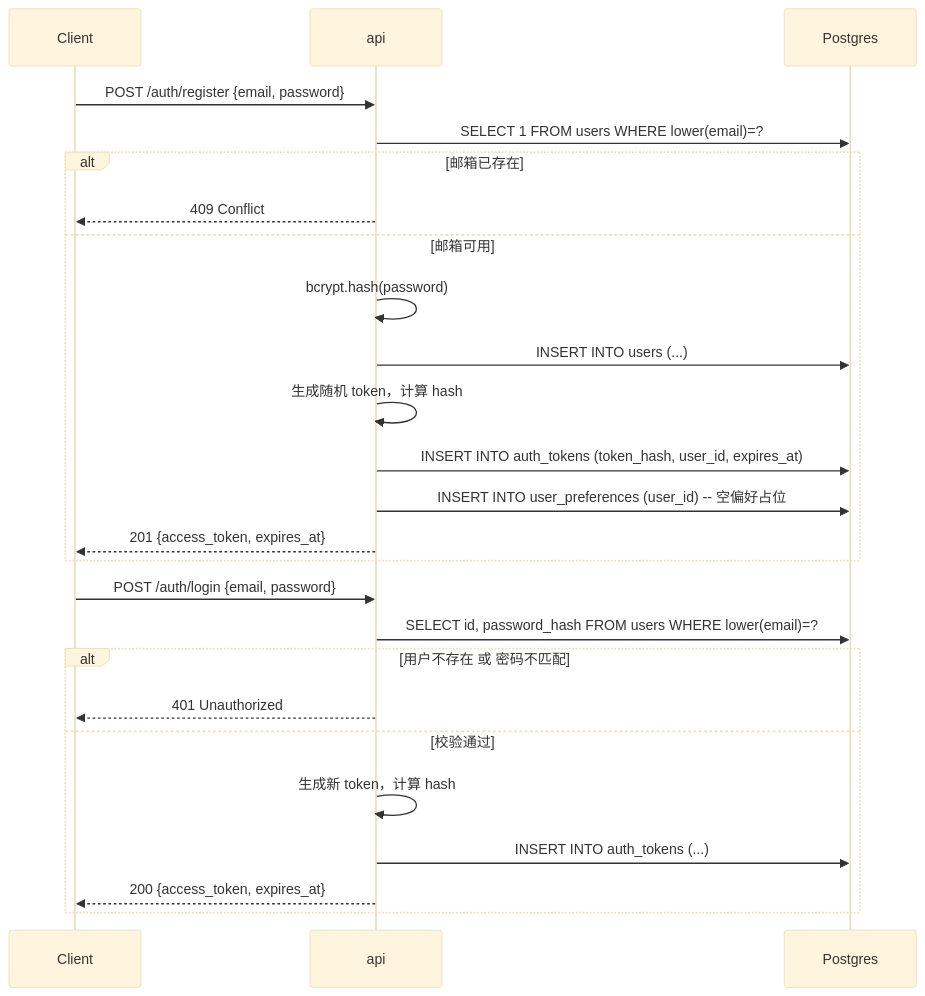
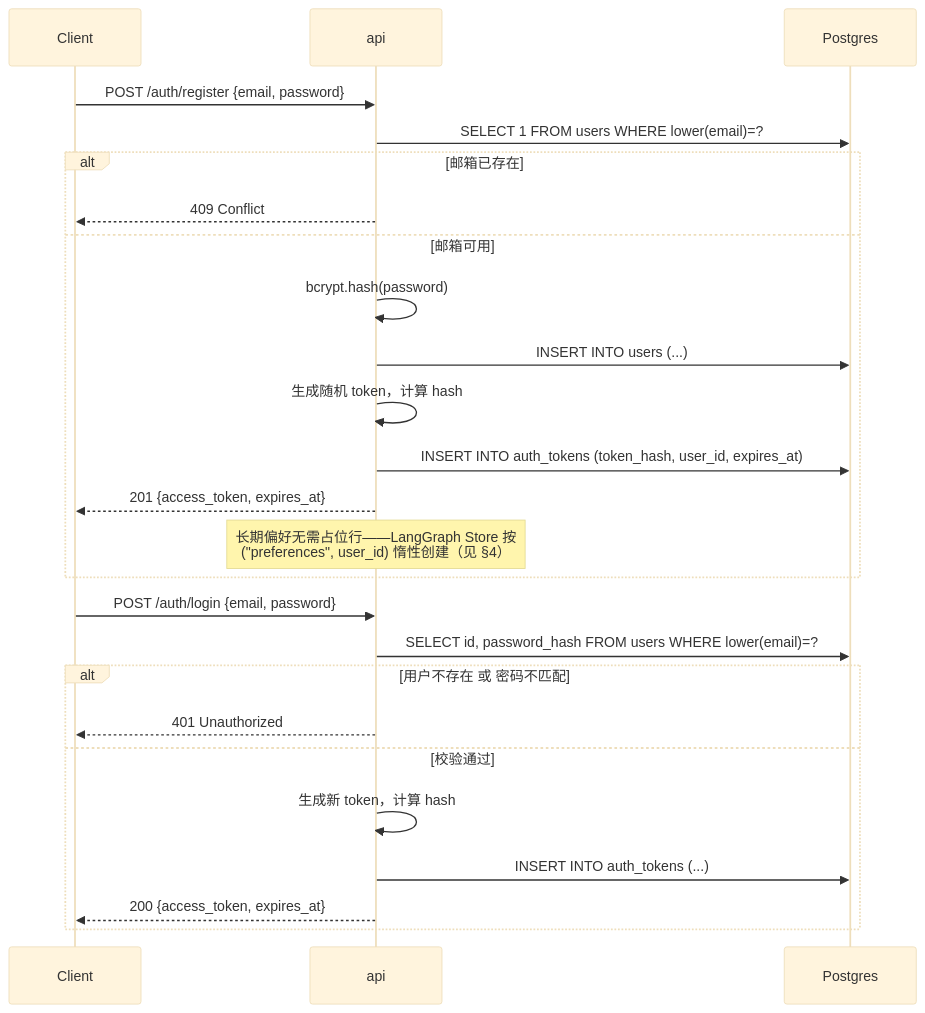
The third of 7 diagrams in ARCHITECTURE.md (LURENYUANSHI/keepa_scout_challenge), drawn with Mermaid (base theme) before and after one commit. The commit also changed other lines of this file, not shown here.

First line of the commit message:
docs: bring ARCHITECTURE diagrams up to date, paper-figure format

````diff
--- a/ARCHITECTURE.md
+++ b/ARCHITECTURE.md
@@ -167,29 +181,29 @@
 ```mermaid
 sequenceDiagram
     participant C as Client
     participant API as api
     participant DB as Postgres
 
     C->>API: POST /auth/register {email, password}
     API->>DB: SELECT 1 FROM users WHERE lower(email)=?
     alt 邮箱已存在
         API-->>C: 409 Conflict
     else 邮箱可用
         API->>API: bcrypt.hash(password)
         API->>DB: INSERT INTO users (...)
         API->>API: 生成随机 token，计算 hash
         API->>DB: INSERT INTO auth_tokens (token_hash, user_id, expires_at)
-        API->>DB: INSERT INTO user_preferences (user_id) -- 空偏好占位
         API-->>C: 201 {access_token, expires_at}
+        Note over API: 长期偏好无需占位行——LangGraph Store 按<br/>("preferences", user_id) 惰性创建（见 §4）
     end
 
     C->>API: POST /auth/login {email, password}
     API->>DB: SELECT id, password_hash FROM users WHERE lower(email)=?
     alt 用户不存在 或 密码不匹配
         API-->>C: 401 Unauthorized
     else 校验通过
         API->>API: 生成新 token，计算 hash
         API->>DB: INSERT INTO auth_tokens (...)
         API-->>C: 200 {access_token, expires_at}
     end
 ```
````
